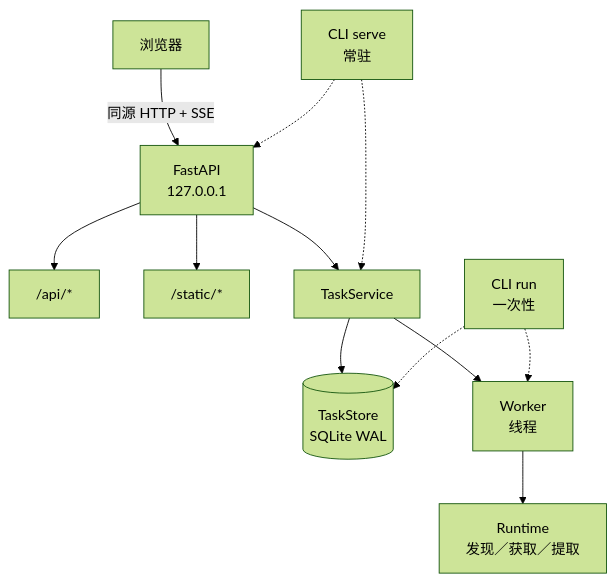
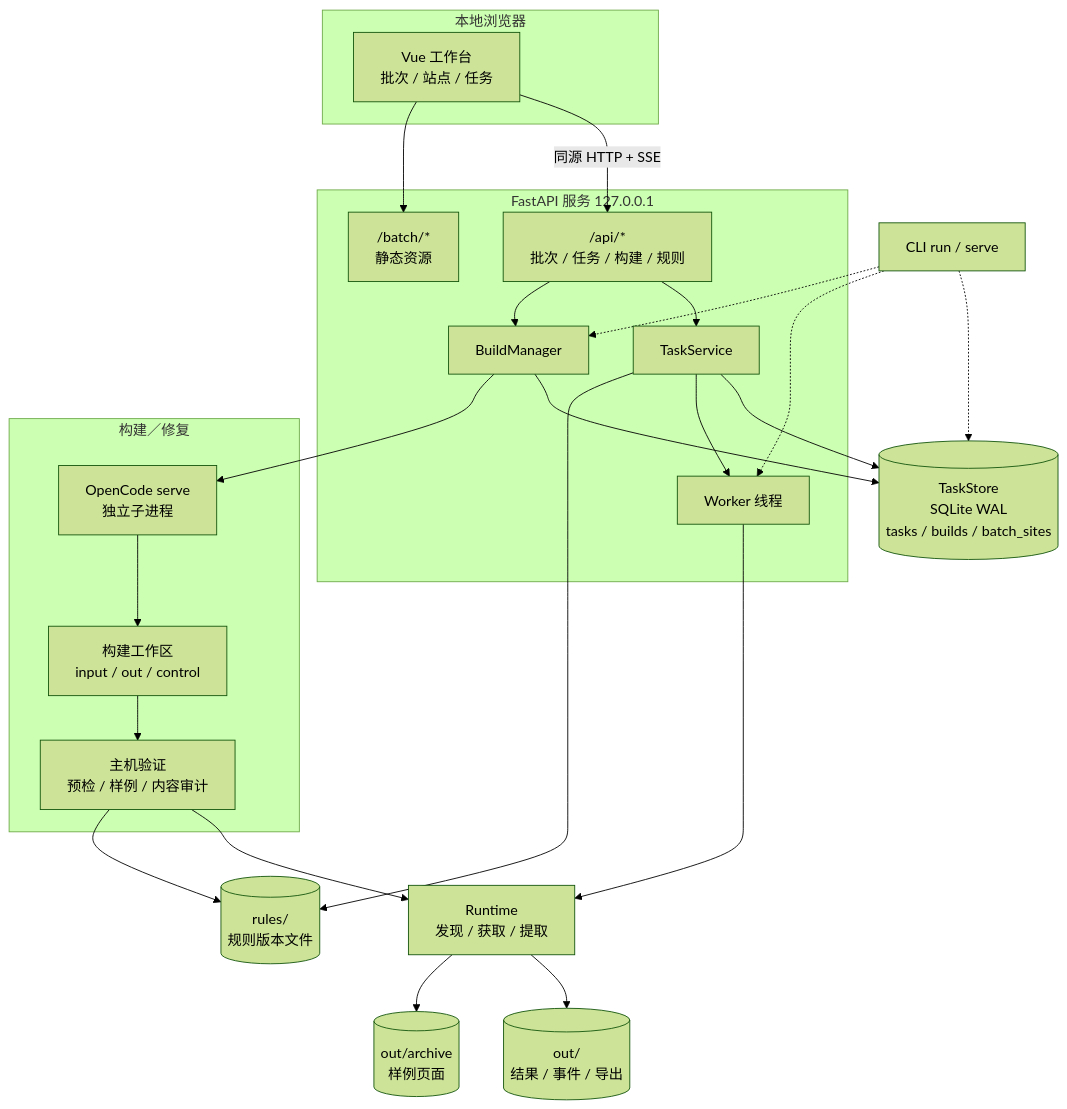
Before and after one commit to xuchaoxin1375/ai-ecom-crawler: the diagram in docs/26-D08任务服务与界面设计.md, drawn with Mermaid (forest theme). The commit also changed other lines of this file and 7 other files, not shown here.

````diff
--- a/docs/26-D08任务服务与界面设计.md
+++ b/docs/26-D08任务服务与界面设计.md
@@ -77,14 +77,43 @@
 ```mermaid
 flowchart TB
-    B["浏览器"] -->|"同源 HTTP + SSE"| F["FastAPI<br/>127.0.0.1"]
-    F --> API["/api/*"]
-    F --> ST["/static/*"]
-    F --> TS["TaskService"]
-    TS --> DB[("TaskStore<br/>SQLite WAL")]
-    TS --> W["Worker<br/>线程"]
-    W --> R["Runtime<br/>发现／获取／提取"]
-    CR["CLI run<br/>一次性"] -.-> DB
-    CR -.-> W
-    CS["CLI serve<br/>常驻"] -.-> F
-    CS -.-> TS
+    subgraph CLIENT["本地浏览器"]
+        FE["Vue 工作台<br/>批次 / 站点 / 任务"]
+    end
+    subgraph SERVICE["FastAPI 服务 127.0.0.1"]
+        API["/api/*<br/>批次 / 任务 / 构建 / 规则"]
+        STATIC["/batch/*<br/>静态资源"]
+        TS["TaskService"]
+        BM["BuildManager"]
+        W["Worker 线程"]
+    end
+    subgraph BUILDRUN["构建／修复"]
+        OC["OpenCode serve<br/>独立子进程"]
+        WS["构建工作区<br/>input / out / control"]
+        VAL["主机验证<br/>预检 / 样例 / 内容审计"]
+    end
+    STORE[("TaskStore<br/>SQLite WAL<br/>tasks / builds / batch_sites")]
+    RULES[("rules/<br/>规则版本文件")]
+    OUT[("out/<task_id><br/>结果 / 事件 / 导出")]
+    ARCH[("out/archive<br/>样例页面")]
+    RUNTIME["Runtime<br/>发现 / 获取 / 提取"]
+
+    FE -->|"同源 HTTP + SSE"| API
+    FE --> STATIC
+    API --> TS
+    API --> BM
+    TS --> STORE
+    TS --> W
+    W --> RUNTIME
+    RUNTIME --> OUT
+    RUNTIME --> ARCH
+    BM --> STORE
+    BM --> OC
+    OC --> WS
+    WS --> VAL
+    VAL --> RUNTIME
+    VAL --> RULES
+    TS --> RULES
+    CLI["CLI run / serve"] -.-> STORE
+    CLI -.-> W
+    CLI -.-> BM
 ```
````
